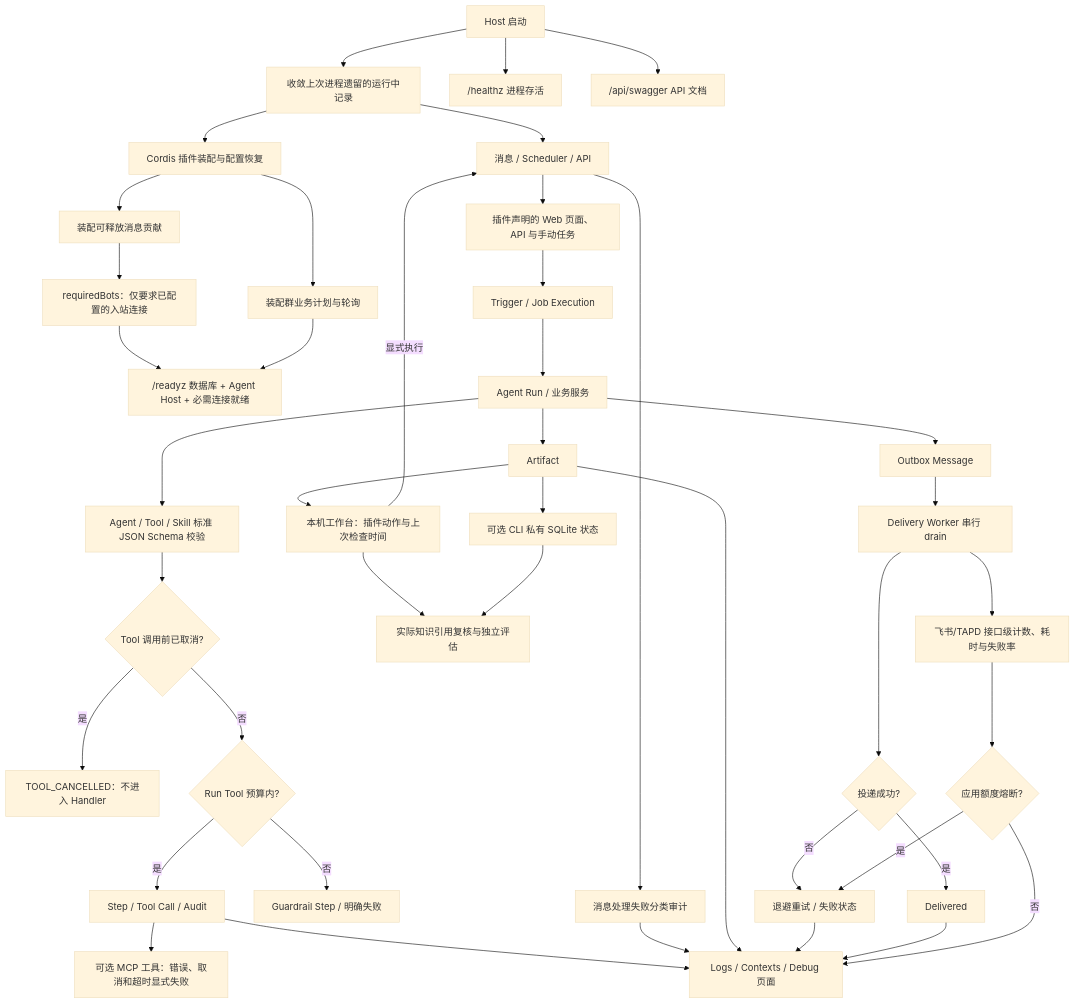
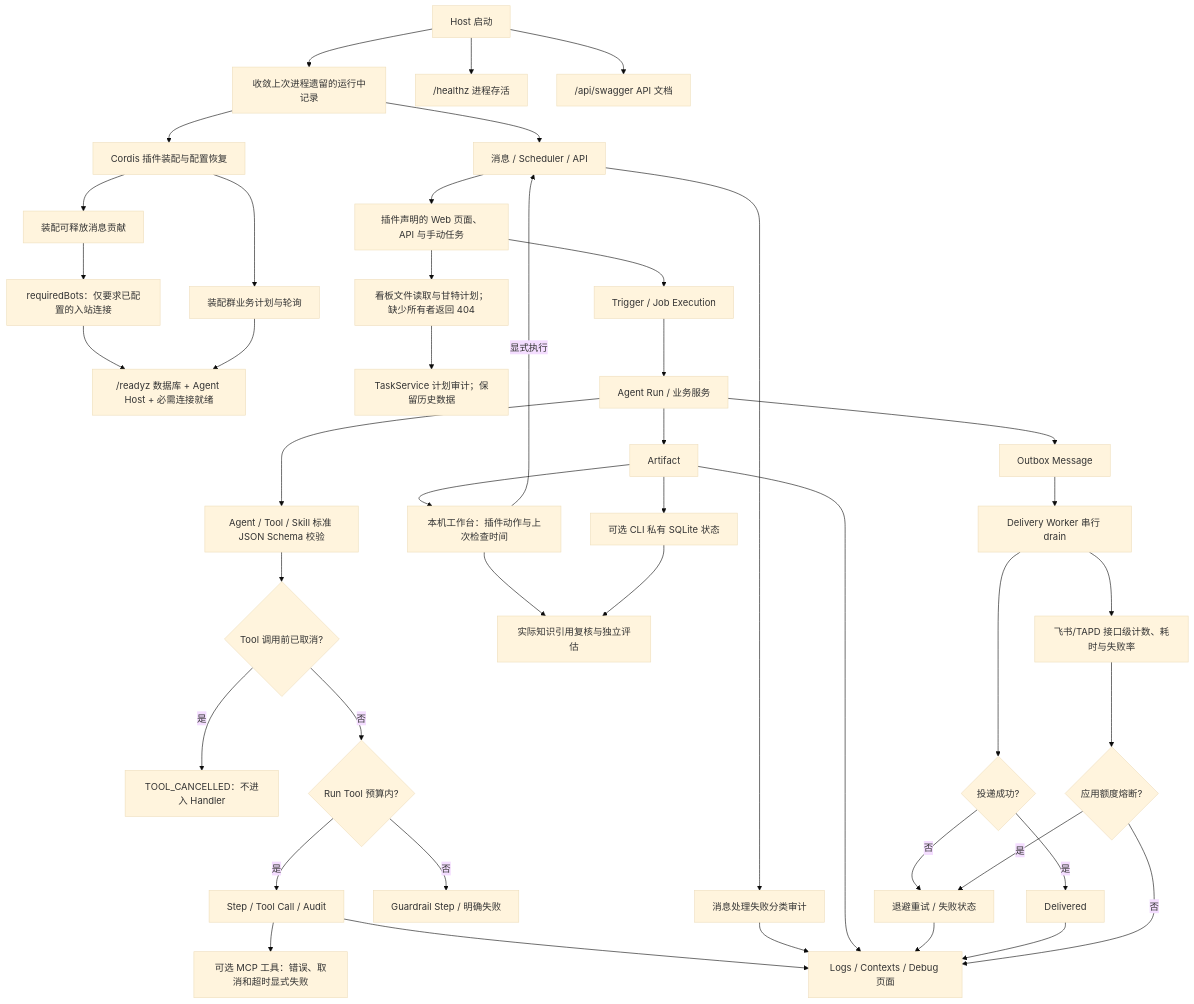
The diagram in backend/src/platform/runtime/FEATURE.md (KlayPeter/AI-Delivery-Ops-Agent), drawn with Mermaid (base theme) before and after one commit. The commit also changed other lines of this file and 28 other files, not shown here.

````diff
--- a/backend/src/platform/runtime/FEATURE.md
+++ b/backend/src/platform/runtime/FEATURE.md
@@ -21,44 +21,46 @@
 ```mermaid
 flowchart TD
     R["Host 启动"] --> S["收敛上次进程遗留的运行中记录"]
     R --> Q["/healthz 进程存活"]
     R --> OAPI["/api/swagger API 文档"]
     S --> P["Cordis 插件装配与配置恢复"]
     P --> MR["装配可释放消息贡献"]
     MR --> BC["requiredBots：仅要求已配置的入站连接"]
     BC --> Z["/readyz 数据库 + Agent Host + 必需连接就绪"]
     P --> SJ[装配群业务计划与轮询]
     SJ --> Z
     S --> A["消息 / Scheduler / API"]
     A --> WOWN[插件声明的 Web 页面、API 与手动任务]
+    WOWN --> PV[看板文件读取与甘特计划；缺少所有者返回 404]
+    PV --> PA[TaskService 计划审计；保留历史数据]
     WOWN --> B["Trigger / Job Execution"]
     B --> C["Agent Run / 业务服务"]
     C --> SC[Agent / Tool / Skill 标准 JSON Schema 校验]
     SC --> TC{"Tool 调用前已取消?"}
     D --> MCP[可选 MCP 工具：错误、取消和超时显式失败]
     TC -- 是 --> TR["TOOL_CANCELLED：不进入 Handler"]
     TC -- 否 --> L{"Run Tool 预算内?"}
     L -- 是 --> D["Step / Tool Call / Audit"]
     L -- 否 --> M["Guardrail Step / 明确失败"]
     C --> E["Artifact"]
     C --> F["Outbox Message"]
     F --> G["Delivery Worker 串行 drain"]
     G --> H{"投递成功?"}
     H -- 否 --> I["退避重试 / 失败状态"]
     H -- 是 --> J["Delivered"]
     D --> K["Logs / Contexts / Debug 页面"]
     A --> X["消息处理失败分类审计"]
     X --> K
     E --> WA[本机工作台：插件动作与上次检查时间]
     WA -- 显式执行 --> A
     WA --> IC
     E --> KS[可选 CLI 私有 SQLite 状态]
     KS --> IC[实际知识引用复核与独立评估]
     E --> K
     I --> K
     J --> K
     G --> Y["飞书/TAPD 接口级计数、耗时与失败率"]
     Y --> Z1{"应用额度熔断?"}
     Z1 -- "是" --> I
     Z1 -- "否" --> K
 ```
````
